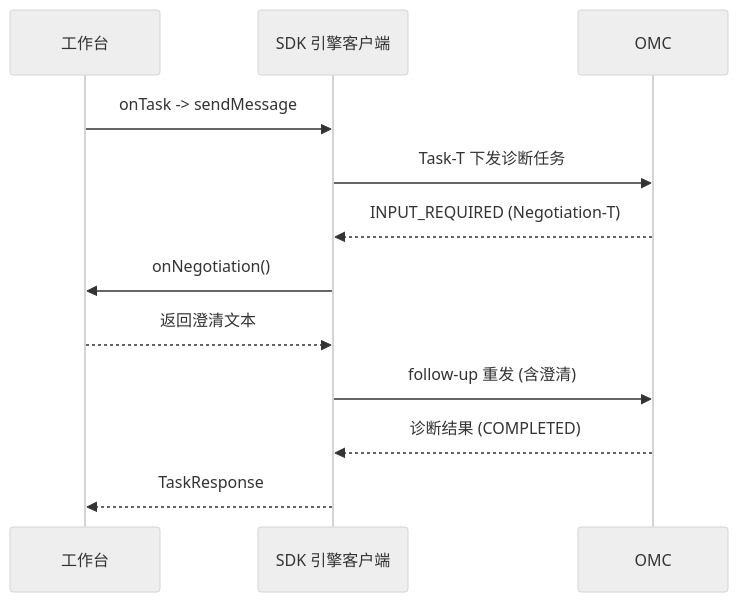
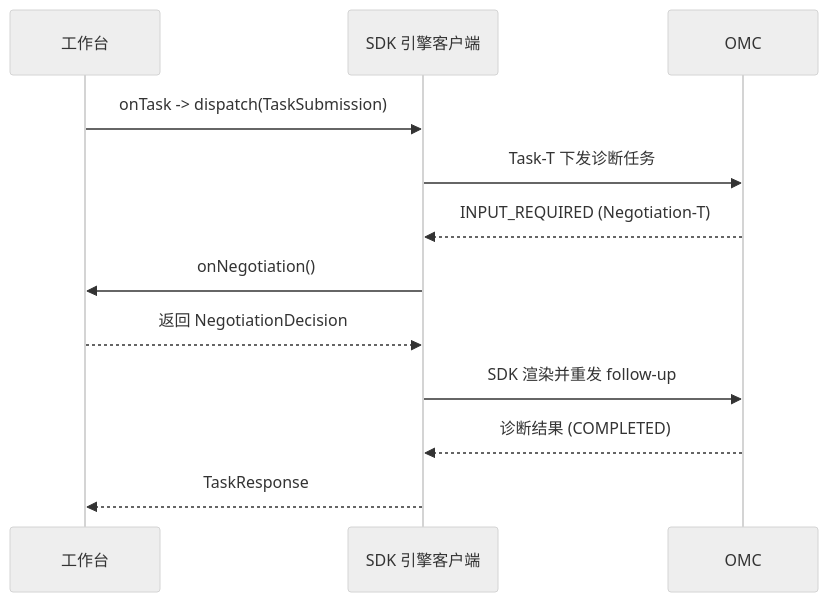
The second of 3 diagrams in docs/zh/工作台集成指南.md (Zhoujie628/workflow-engine-sdk-java), drawn with Mermaid (neutral theme) before and after one commit. The commit also changed other lines of this file and 36 other files, not shown here.

First line of the commit message:
feat(a2at): adopt SDK 1.0.0-841c575 typed negotiation and task dispatch

````diff
--- a/docs/zh/工作台集成指南.md
+++ b/docs/zh/工作台集成指南.md
@@ -594,15 +589,15 @@
 ```mermaid
 sequenceDiagram
     participant WB as 工作台
     participant SDK as SDK 引擎客户端
     participant OMC as OMC
 
-    WB->>SDK: onTask -> sendMessage
+    WB->>SDK: onTask -> dispatch(TaskSubmission)
     SDK->>OMC: Task-T 下发诊断任务
     OMC-->>SDK: INPUT_REQUIRED (Negotiation-T)
     SDK->>WB: onNegotiation()
-    WB-->>SDK: 返回澄清文本
-    SDK->>OMC: follow-up 重发 (含澄清)
+    WB-->>SDK: 返回 NegotiationDecision
+    SDK->>OMC: SDK 渲染并重发 follow-up
     OMC-->>SDK: 诊断结果 (COMPLETED)
     SDK-->>WB: TaskResponse
 ```
````
